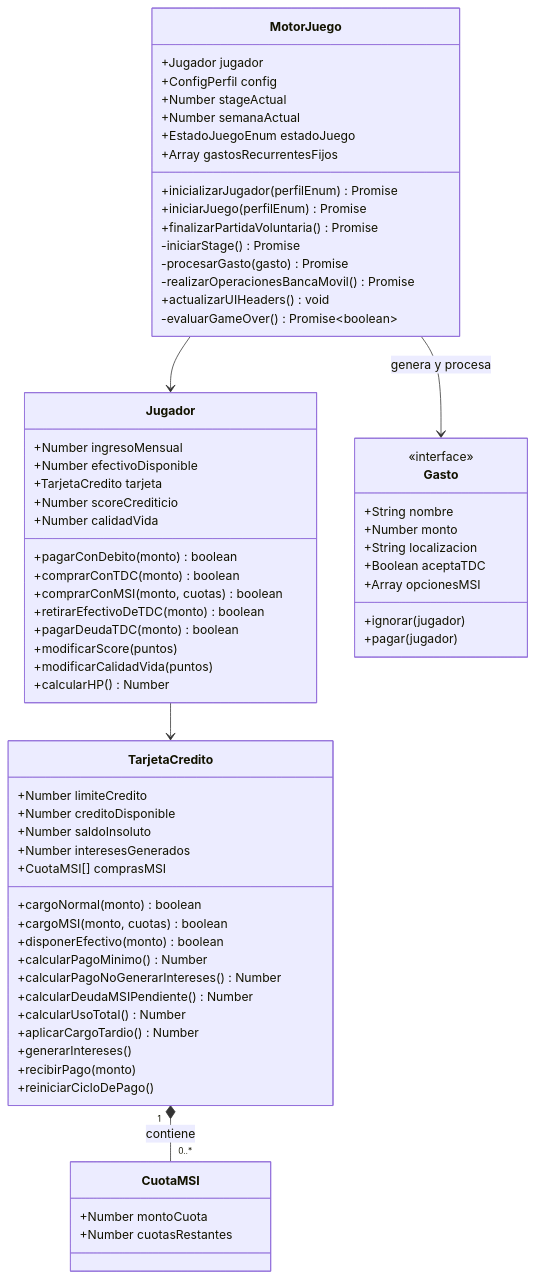
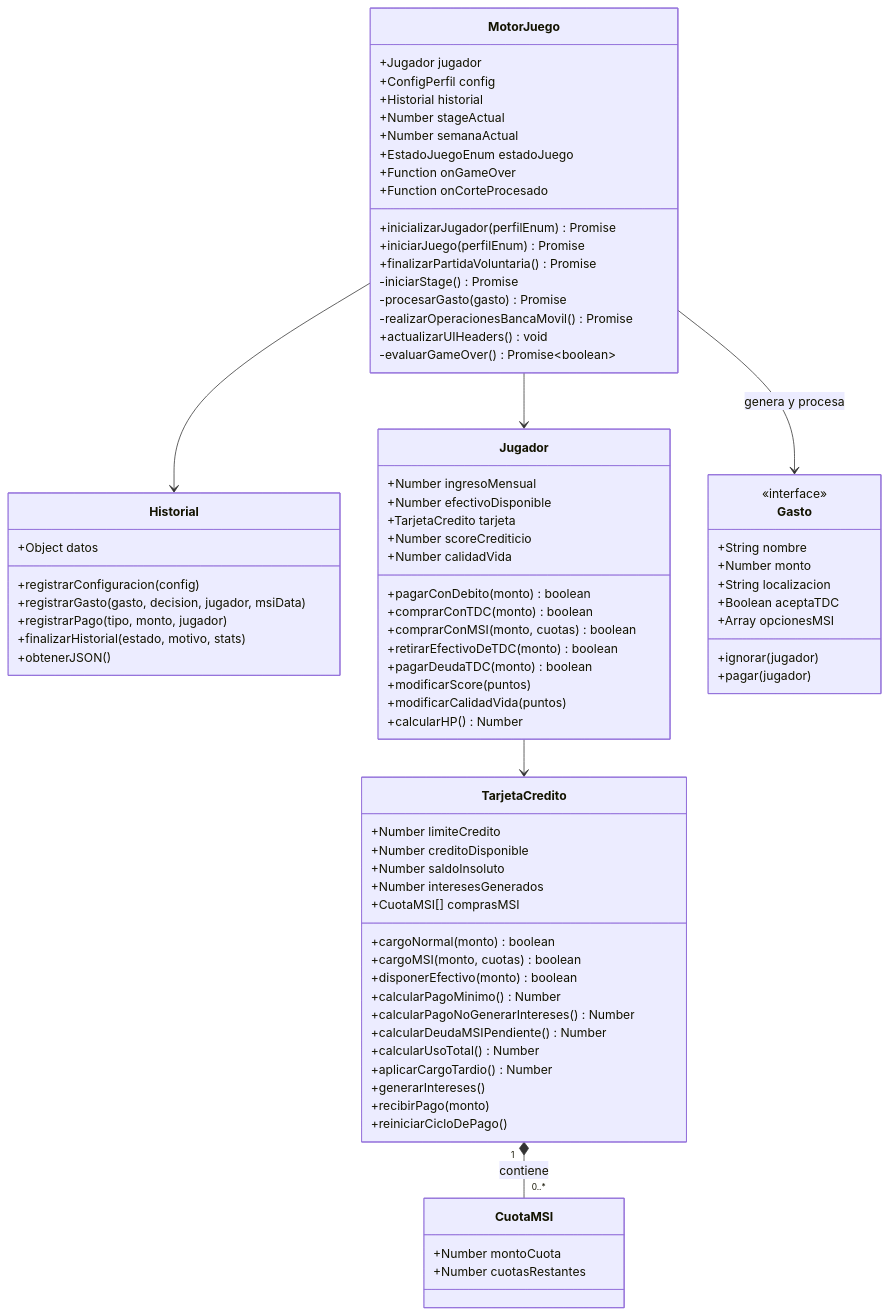
One commit to Omarcillo44/FinaMente changed the first of 2 diagrams in src/core/demo_motor/contexto/informeTecnico.md. Above: the diagram before and after it, drawn with Mermaid. The commit also changed other lines of this file and 6 other files, not shown here.

```diff
--- a/src/core/demo_motor/contexto/informeTecnico.md
+++ b/src/core/demo_motor/contexto/informeTecnico.md
@@ -26,10 +26,12 @@
     class MotorJuego {
         +Jugador jugador
         +ConfigPerfil config
+        +Historial historial
         +Number stageActual
         +Number semanaActual
         +EstadoJuegoEnum estadoJuego
-        +Array gastosRecurrentesFijos
+        +Function onGameOver
+        +Function onCorteProcesado
         +inicializarJugador(perfilEnum) Promise
         +iniciarJuego(perfilEnum) Promise
         +finalizarPartidaVoluntaria() Promise
@@ -38,6 +40,15 @@
         -realizarOperacionesBancaMovil() Promise
         +actualizarUIHeaders() void
         -evaluarGameOver() Promise~boolean~
+    }
+
+    class Historial {
+        +Object datos
+        +registrarConfiguracion(config)
+        +registrarGasto(gasto, decision, jugador, msiData)
+        +registrarPago(tipo, monto, jugador)
+        +finalizarHistorial(estado, motivo, stats)
+        +obtenerJSON()
     }
 
     class Jugador {
@@ -92,6 +103,7 @@
     }
 
     MotorJuego --> Jugador
+    MotorJuego --> Historial
     Jugador --> TarjetaCredito
     TarjetaCredito "1" *-- "0..*" CuotaMSI : contiene
     MotorJuego --> Gasto : genera y procesa
```
